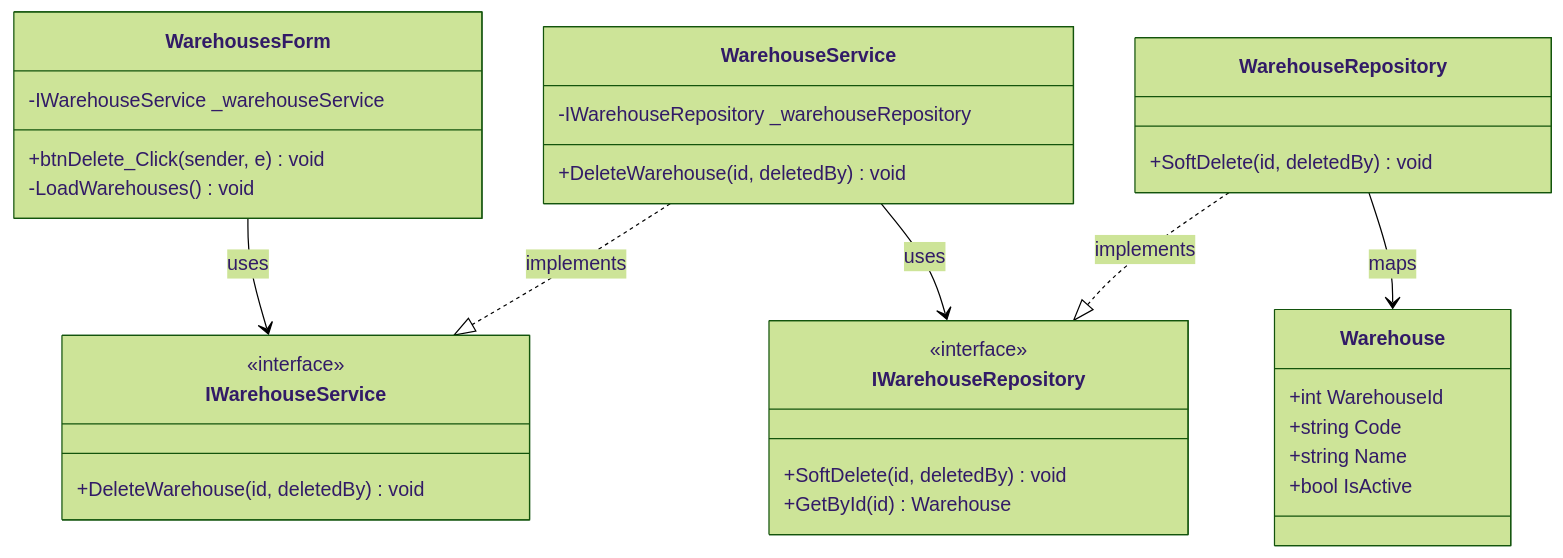
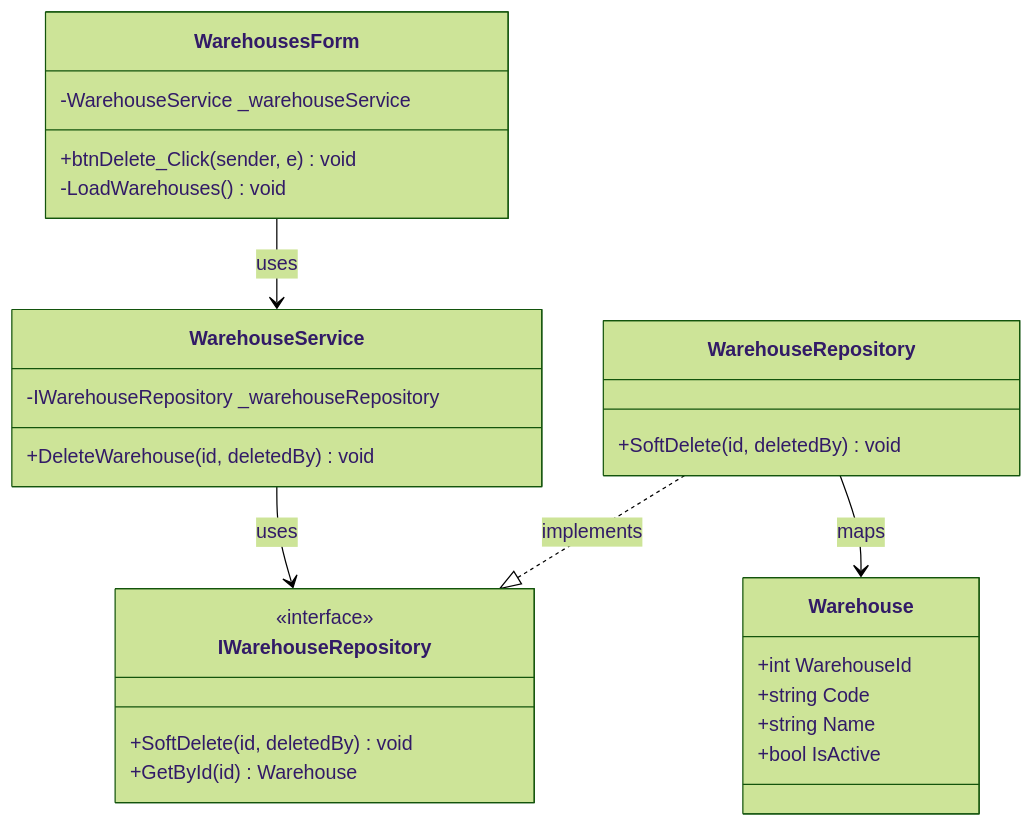
The third of 12 diagrams in Documentation/UML_Diagrams/16_Warehouses_UseCases.md (nahuk86/tp_diploma_nk_2026), drawn with Mermaid (forest theme) before and after one commit. The commit also changed other lines of this file and 5 other files, not shown here.

First line of the commit message:
Fix UML documentation: remove non-existent BLL service interfaces

````diff
--- a/Documentation/UML_Diagrams/16_Warehouses_UseCases.md
+++ b/Documentation/UML_Diagrams/16_Warehouses_UseCases.md
@@ -120,41 +110,36 @@
 ```mermaid
 classDiagram
     class WarehousesForm {
-        -IWarehouseService _warehouseService
+        -WarehouseService _warehouseService
         +btnDelete_Click(sender, e) void
         -LoadWarehouses() void
     }
 
-    class IWarehouseService {
-        <<interface>>
-        +DeleteWarehouse(id, deletedBy) void
-    }
 
     class WarehouseService {
         -IWarehouseRepository _warehouseRepository
         +DeleteWarehouse(id, deletedBy) void
     }
 
     class IWarehouseRepository {
         <<interface>>
         +SoftDelete(id, deletedBy) void
         +GetById(id) Warehouse
     }
 
     class WarehouseRepository {
         +SoftDelete(id, deletedBy) void
     }
 
     class Warehouse {
         +int WarehouseId
         +string Code
         +string Name
         +bool IsActive
     }
 
-    WarehousesForm --> IWarehouseService : uses
-    WarehouseService ..|> IWarehouseService : implements
+    WarehousesForm --> WarehouseService : uses
     WarehouseService --> IWarehouseRepository : uses
     WarehouseRepository ..|> IWarehouseRepository : implements
     WarehouseRepository --> Warehouse : maps
 ```
````
